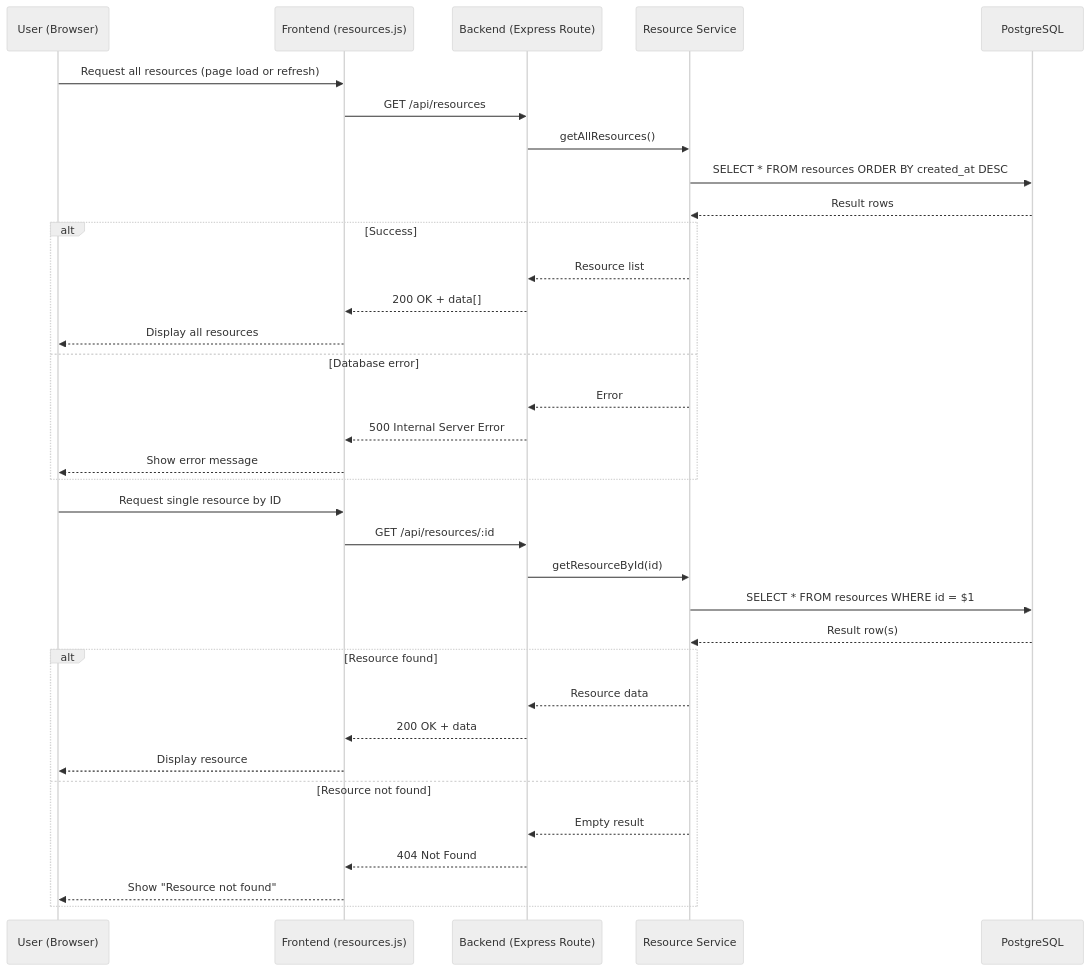
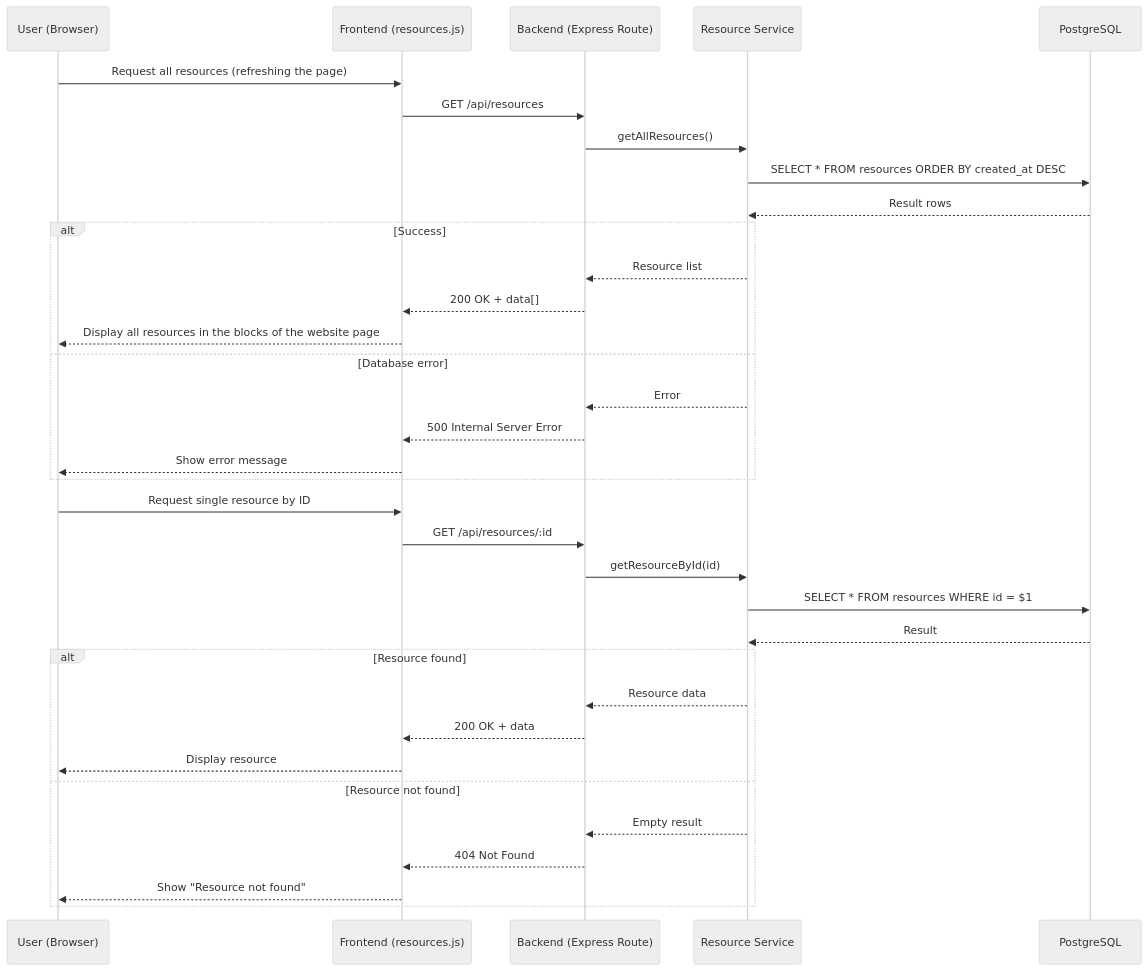
Before and after one commit to Mehdi-Mor/AdvancedWebDev: the second of 2 diagrams in BookingSystemPhase6/G1_CRUD_DataFlow.md, drawn with Mermaid (neutral theme).

````diff
--- a/BookingSystemPhase6/G1_CRUD_DataFlow.md
+++ b/BookingSystemPhase6/G1_CRUD_DataFlow.md
@@ -41,44 +41,42 @@
 ```mermaid
 sequenceDiagram
     participant U as User (Browser)
     participant F as Frontend (resources.js)
     participant B as Backend (Express Route)
     participant S as Resource Service
     participant DB as PostgreSQL
 
-    %% READ ALL
-    U->>F: Request all resources (page load or refresh)
+    U->>F: Request all resources (refreshing the page)
     F->>B: GET /api/resources
 
     B->>S: getAllResources()
     S->>DB: SELECT * FROM resources ORDER BY created_at DESC
     DB-->>S: Result rows
 
     alt Success
         S-->>B: Resource list
         B-->>F: 200 OK + data[]
-        F-->>U: Display all resources
+        F-->>U: Display all resources in the blocks of the website page
     else Database error
         S-->>B: Error
         B-->>F: 500 Internal Server Error
         F-->>U: Show error message
     end
 
-    %% READ ONE
     U->>F: Request single resource by ID
     F->>B: GET /api/resources/:id
 
     B->>S: getResourceById(id)
     S->>DB: SELECT * FROM resources WHERE id = $1
-    DB-->>S: Result row(s)
+    DB-->>S: Result
 
     alt Resource found
         S-->>B: Resource data
         B-->>F: 200 OK + data
         F-->>U: Display resource
     else Resource not found
         S-->>B: Empty result
         B-->>F: 404 Not Found
         F-->>U: Show "Resource not found"
     end
 ```
````
